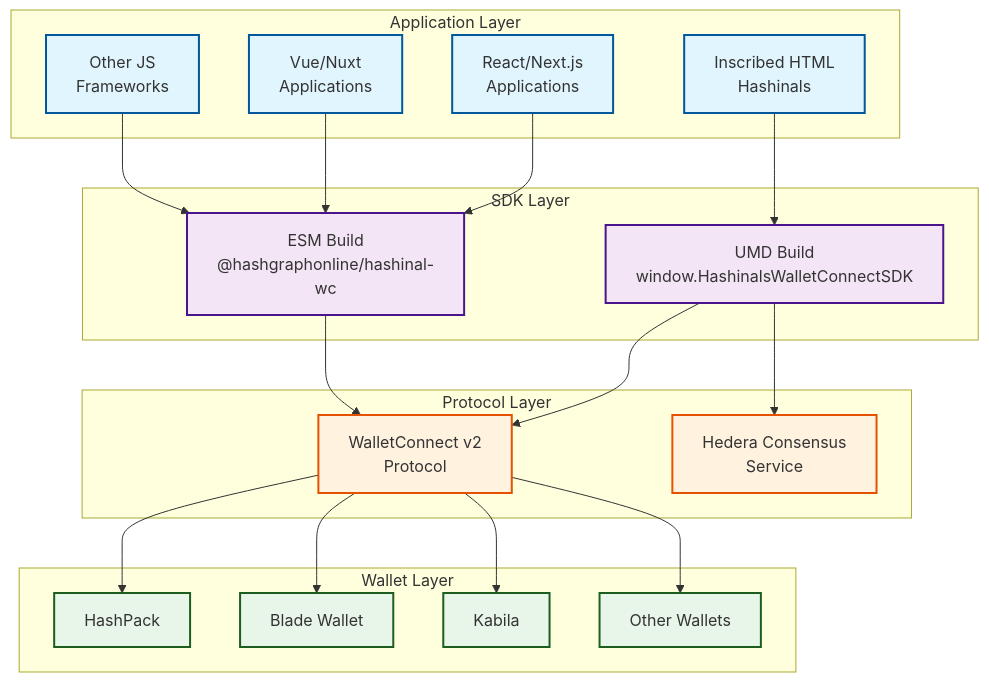
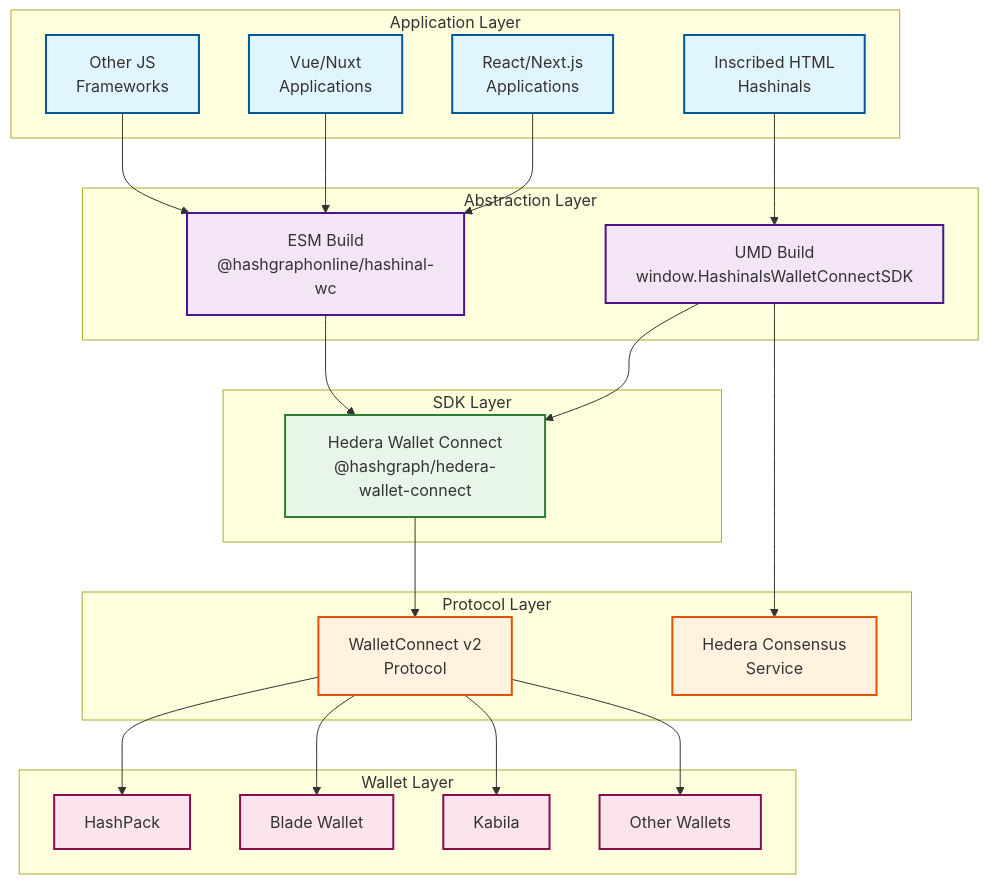
The diagram in docs/libraries/hashinal-wc/index.mdx (hashgraph-online/hcs-improvement-proposals), drawn with Mermaid before and after one commit. The commit also changed other lines of this file and 2 other files, not shown here.

````diff
--- a/docs/libraries/hashinal-wc/index.mdx
+++ b/docs/libraries/hashinal-wc/index.mdx
@@ -28,50 +28,57 @@
 ```mermaid
 graph TB
     subgraph "Application Layer"
         HTML[Inscribed HTML<br/>Hashinals]
         React[React/Next.js<br/>Applications]
         Vue[Vue/Nuxt<br/>Applications]
         Other[Other JS<br/>Frameworks]
     end
 
-    subgraph "SDK Layer"
+    subgraph "Abstraction Layer"
         UMD[UMD Build<br/>window.HashinalsWalletConnectSDK]
         ESM[ESM Build<br/>@hashgraphonline/hashinal-wc]
+    end
+
+    subgraph "SDK Layer"
+        HWC[Hedera Wallet Connect<br/>@hashgraph/hedera-wallet-connect]
     end
 
     subgraph "Protocol Layer"
         WC[WalletConnect v2<br/>Protocol]
         HCS[Hedera Consensus<br/>Service]
     end
 
     subgraph "Wallet Layer"
         HashPack[HashPack]
         Blade[Blade Wallet]
         Kabila[Kabila]
         OtherWallets[Other Wallets]
     end
 
     HTML --> UMD
     React --> ESM
     Vue --> ESM
     Other --> ESM
 
-    UMD --> WC
-    ESM --> WC
+    UMD --> HWC
+    ESM --> HWC
     UMD --> HCS
 
+    HWC --> WC
     WC --> HashPack
     WC --> Blade
     WC --> Kabila
     WC --> OtherWallets
 
     classDef app fill:#e1f5fe,stroke:#01579b,stroke-width:2px
-    classDef sdk fill:#f3e5f5,stroke:#4a148c,stroke-width:2px
+    classDef abstraction fill:#f3e5f5,stroke:#4a148c,stroke-width:2px
+    classDef sdk fill:#e8f5e9,stroke:#2e7d32,stroke-width:2px
     classDef protocol fill:#fff3e0,stroke:#e65100,stroke-width:2px
-    classDef wallet fill:#e8f5e9,stroke:#1b5e20,stroke-width:2px
+    classDef wallet fill:#fce4ec,stroke:#880e4f,stroke-width:2px
 
     class HTML,React,Vue,Other app
-    class UMD,ESM sdk
+    class UMD,ESM abstraction
+    class HWC sdk
     class WC,HCS protocol
     class HashPack,Blade,Kabila,OtherWallets wallet
 ```
````
